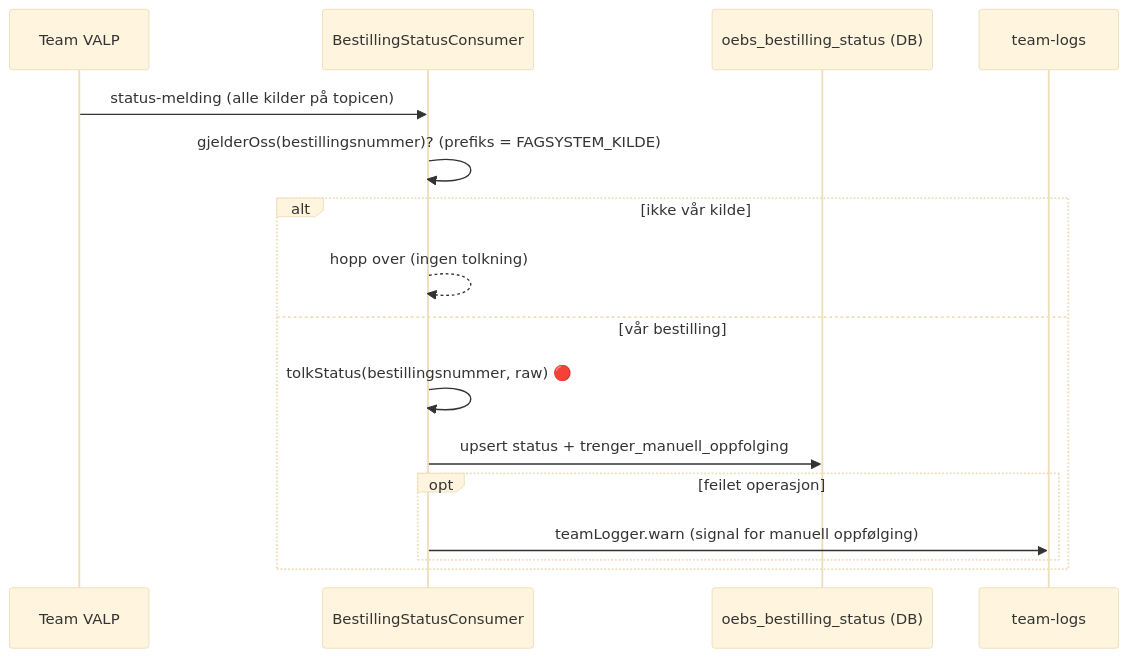
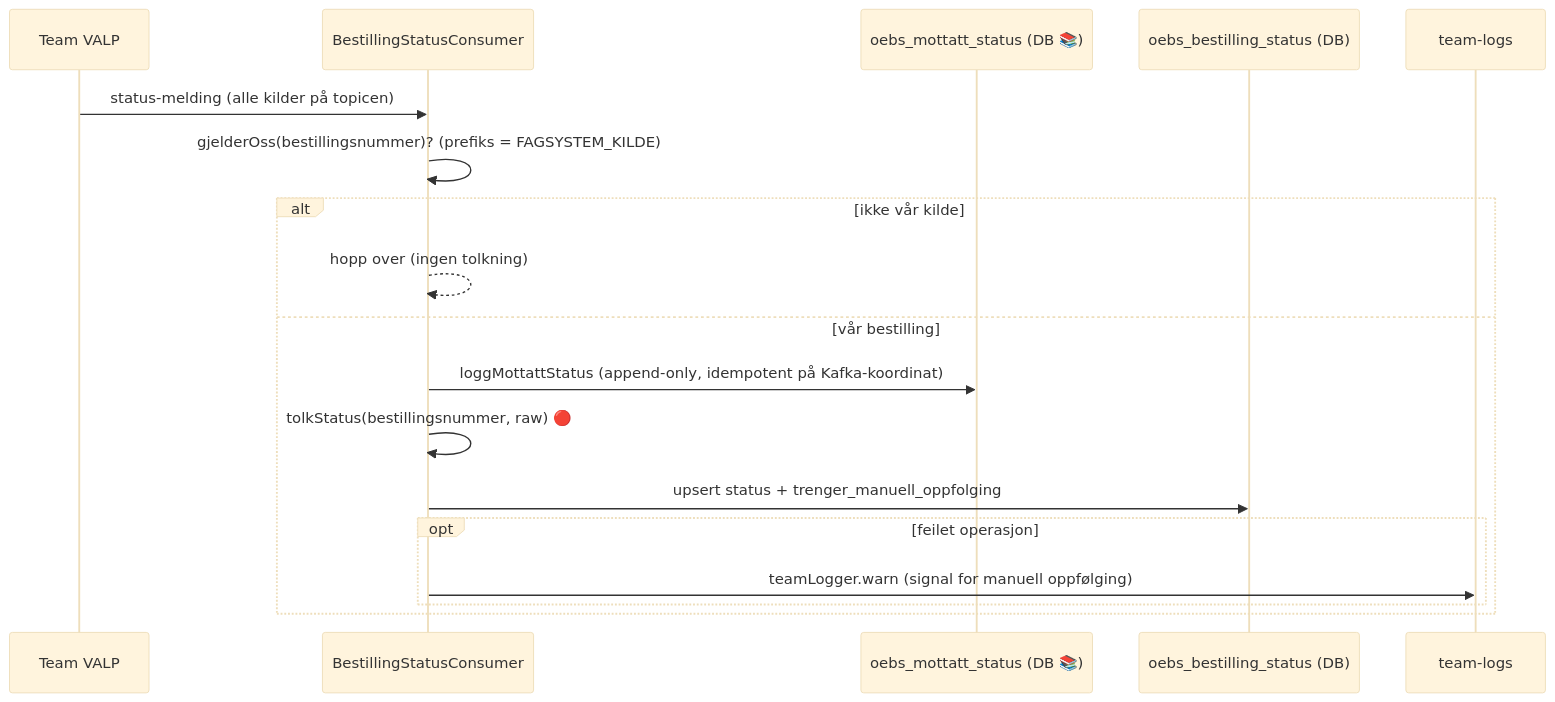
One commit to navikt/ekspertbistand changed the third of 3 diagrams in backend/src/main/kotlin/no/nav/ekspertbistand/oebs/README.md. Above: the diagram before and after it, drawn with Mermaid (base theme). The commit also changed other lines of this file and 4 other files, not shown here.

````diff
--- a/backend/src/main/kotlin/no/nav/ekspertbistand/oebs/README.md
+++ b/backend/src/main/kotlin/no/nav/ekspertbistand/oebs/README.md
@@ -82,19 +85,21 @@
 ```mermaid
 sequenceDiagram
     participant V as Team VALP
     participant S as BestillingStatusConsumer
+    participant L as oebs_mottatt_status (DB 📚)
     participant D as oebs_bestilling_status (DB)
     participant T as team-logs
 
     V->>S: status-melding (alle kilder på topicen)
     S->>S: gjelderOss(bestillingsnummer)? (prefiks = FAGSYSTEM_KILDE)
     alt ikke vår kilde
         S-->>S: hopp over (ingen tolkning)
     else vår bestilling
+        S->>L: loggMottattStatus (append-only, idempotent på Kafka-koordinat)
         S->>S: tolkStatus(bestillingsnummer, raw) 🔴
         S->>D: upsert status + trenger_manuell_oppfolging
         opt feilet operasjon
             S->>T: teamLogger.warn (signal for manuell oppfølging)
         end
     end
 ```
````
